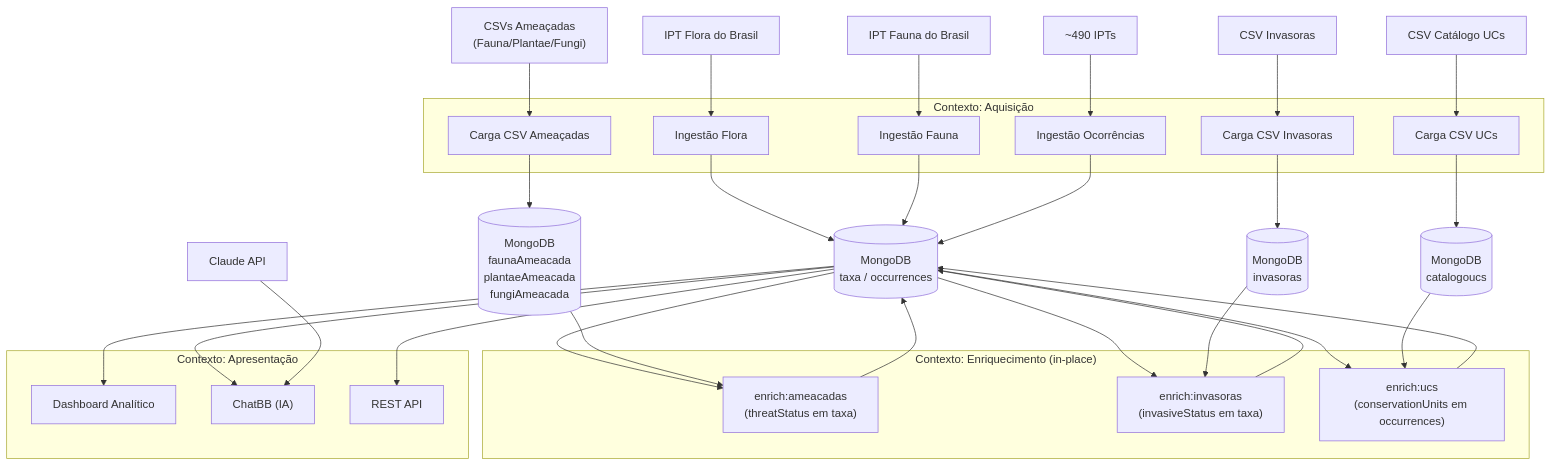
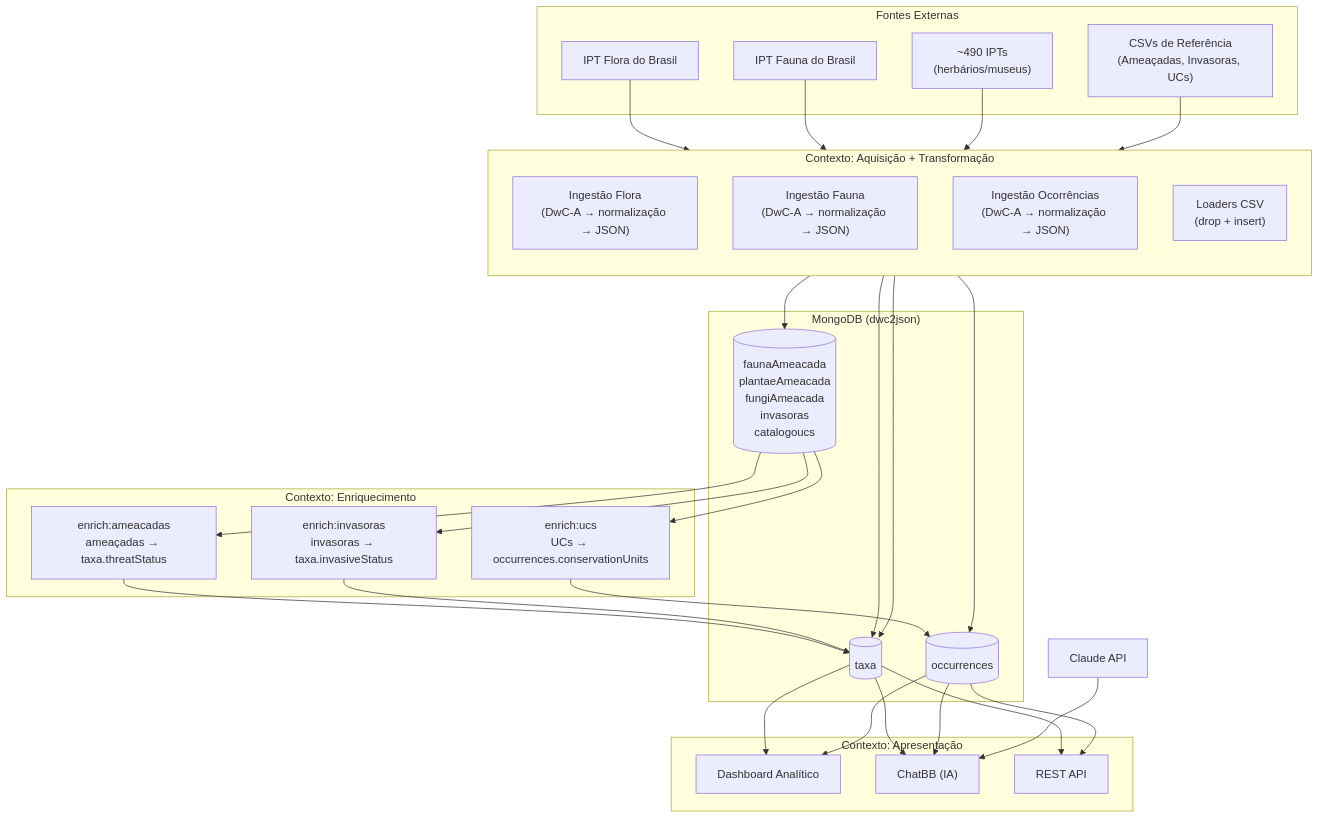
One commit to biopinda/Biodiversidade-Online changed the diagram in README.md. Above: the diagram before and after it, drawn with Mermaid. The commit also changed other lines of this file and 2 other files, not shown here.

Commit message:
docs: corrigir diagramas Mermaid e terminologia da arquitetura
- MongoDB representado como banco único (era múltiplos nós separados)
- Contexto "Aquisição + Transformação" reflete que a normalização
  ocorre durante a ingestão (DwC-A → normalização → JSON)
- Contexto "Enriquecimento" descreve a associação de ameaçadas e
  invasoras a taxa, e UCs a occurrences
- Diagrama ASCII do funcionamento.md reestruturado com fluxo claro

````diff
--- a/README.md
+++ b/README.md
@@ -19,52 +19,52 @@
 ```mermaid
 graph TB
-    subgraph Aquisição["Contexto: Aquisição"]
-        Flora["Ingestão Flora"]
-        Fauna["Ingestão Fauna"]
-        Ocorrencias["Ingestão Ocorrências"]
-        LoadAmeacadas["Carga CSV Ameaçadas"]
-        LoadInvasoras["Carga CSV Invasoras"]
-        LoadUCs["Carga CSV UCs"]
+    subgraph Fontes["Fontes Externas"]
+        IPTFlora["IPT Flora do Brasil"]
+        IPTFauna["IPT Fauna do Brasil"]
+        IPTs["~490 IPTs\n(herbários/museus)"]
+        CSVs["CSVs de Referência\n(Ameaçadas, Invasoras, UCs)"]
     end
 
-    subgraph Enriquecimento["Contexto: Enriquecimento (in-place)"]
-        EnrichAmeacadas["enrich:ameacadas\n(threatStatus em taxa)"]
-        EnrichInvasoras["enrich:invasoras\n(invasiveStatus em taxa)"]
-        EnrichUCs["enrich:ucs\n(conservationUnits em occurrences)"]
+    subgraph Aquisição["Contexto: Aquisição + Transformação"]
+        direction TB
+        IngestFlora["Ingestão Flora\n(DwC-A → normalização → JSON)"]
+        IngestFauna["Ingestão Fauna\n(DwC-A → normalização → JSON)"]
+        IngestOcc["Ingestão Ocorrências\n(DwC-A → normalização → JSON)"]
+        Loaders["Loaders CSV\n(drop + insert)"]
+    end
+
+    subgraph MongoDB["MongoDB (dwc2json)"]
+        taxa[("taxa")]
+        occurrences[("occurrences")]
+        refCols[("faunaAmeacada\nplantaeAmeacada\nfungiAmeacada\ninvasoras\ncatalogoucs")]
+    end
+
+    subgraph Enriquecimento["Contexto: Enriquecimento"]
+        EnrichAmeacadas["enrich:ameacadas\nameaçadas → taxa.threatStatus"]
+        EnrichInvasoras["enrich:invasoras\ninvasoras → taxa.invasiveStatus"]
+        EnrichUCs["enrich:ucs\nUCs → occurrences.conservationUnits"]
     end
 
     subgraph Apresentação["Contexto: Apresentação"]
         Dashboard["Dashboard Analítico"]
         ChatBB["ChatBB (IA)"]
         API["REST API"]
     end
 
-    IPTFlora["IPT Flora do Brasil"] --> Flora
-    IPTFauna["IPT Fauna do Brasil"] --> Fauna
-    IPTs["~490 IPTs"] --> Ocorrencias
-    CSVAmeacadas["CSVs Ameaçadas\n(Fauna/Plantae/Fungi)"] --> LoadAmeacadas
-    CSVInvasoras["CSV Invasoras"] --> LoadInvasoras
-    CSVUCs["CSV Catálogo UCs"] --> LoadUCs
+    IPTFlora --> IngestFlora
+    IPTFauna --> IngestFauna
+    IPTs --> IngestOcc
+    CSVs --> Loaders
 
-    Flora --> MongoDB[(MongoDB\ntaxa / occurrences)]
-    Fauna --> MongoDB
-    Ocorrencias --> MongoDB
-    LoadAmeacadas --> RefDB[(MongoDB\nfaunaAmeacada\nplantaeAmeacada\nfungiAmeacada)]
-    LoadInvasoras --> RefDB2[(MongoDB\ninvasoras)]
-    LoadUCs --> RefDB3[(MongoDB\ncatalogoucs)]
+    IngestFlora --> taxa
+    IngestFauna --> taxa
+    IngestOcc --> occurrences
+    Loaders --> refCols
 
-    MongoDB --> EnrichAmeacadas
-    RefDB --> EnrichAmeacadas
-    MongoDB --> EnrichInvasoras
-    RefDB2 --> EnrichInvasoras
-    MongoDB --> EnrichUCs
-    RefDB3 --> EnrichUCs
-    EnrichAmeacadas --> MongoDB
-    EnrichInvasoras --> MongoDB
-    EnrichUCs --> MongoDB
+    refCols --> EnrichAmeacadas & EnrichInvasoras & EnrichUCs
+    EnrichAmeacadas & EnrichInvasoras --> taxa
+    EnrichUCs --> occurrences
 
-    MongoDB --> Dashboard
-    MongoDB --> ChatBB
-    MongoDB --> API
+    taxa & occurrences --> Dashboard & ChatBB & API
     ClaudeAPI["Claude API"] --> ChatBB
 ```
````
